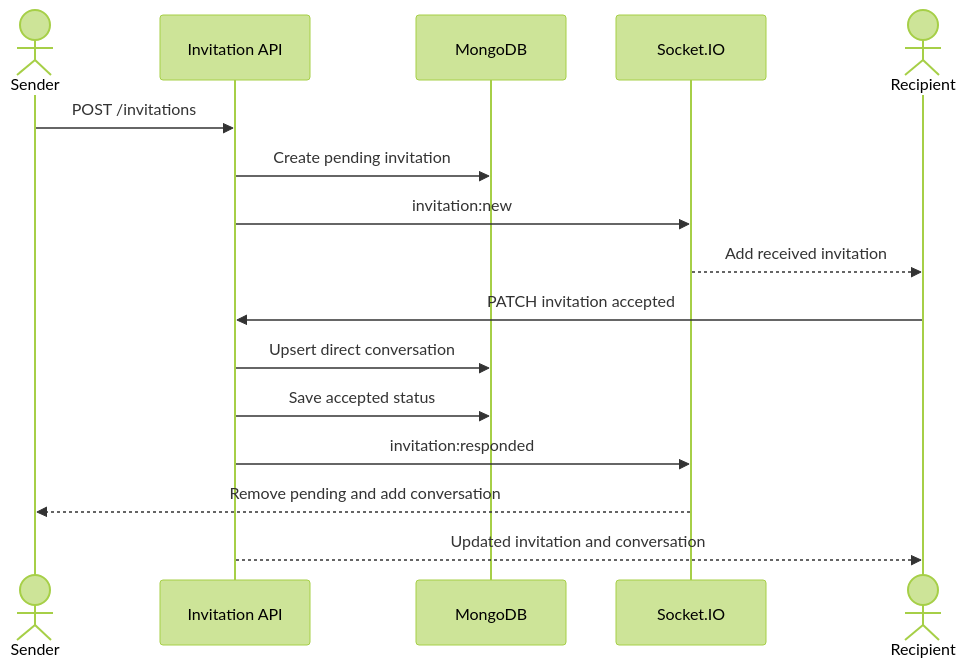
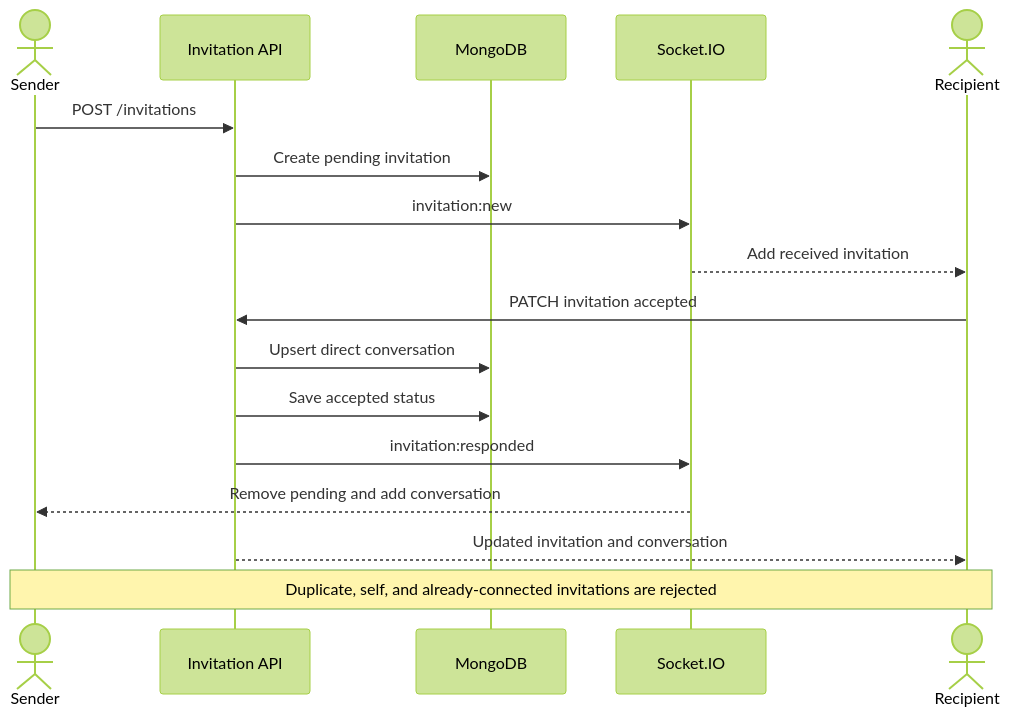
The second of 2 diagrams in docs/04-api-reference.md (Saurav11343/click-chat), drawn with Mermaid (forest theme) before and after one commit. The commit also changed other lines of this file and 11 other files, not shown here.

Commit message:
update diagrams

````diff
--- a/docs/04-api-reference.md
+++ b/docs/04-api-reference.md
@@ -99,19 +106,20 @@
 ```mermaid
 sequenceDiagram
     actor S as Sender
     participant API as Invitation API
     participant DB as MongoDB
     participant IO as Socket.IO
     actor R as Recipient
 
     S->>API: POST /invitations
     API->>DB: Create pending invitation
     API->>IO: invitation:new
     IO-->>R: Add received invitation
     R->>API: PATCH invitation accepted
     API->>DB: Upsert direct conversation
     API->>DB: Save accepted status
     API->>IO: invitation:responded
     IO-->>S: Remove pending and add conversation
     API-->>R: Updated invitation and conversation
+    Note over S,R: Duplicate, self, and already-connected invitations are rejected
 ```
````
